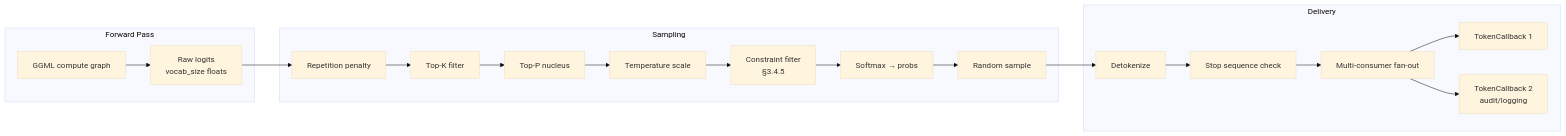
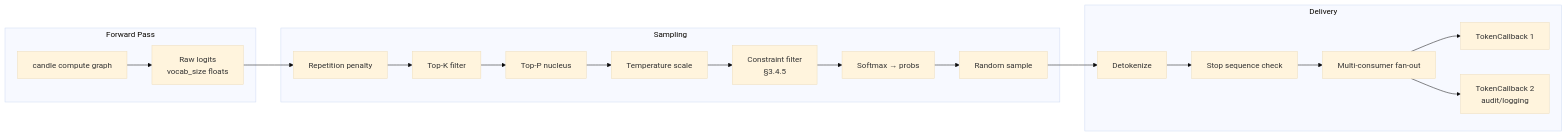
The third of 4 diagrams in docs/intelligence/airs/inference.md (juslee/aios), drawn with Mermaid (base theme) before and after one commit. The commit also changed other lines of this file, not shown here.

First line of the commit message:
Docs: Align inference.md with Kit architecture decisions

````diff
--- a/docs/intelligence/airs/inference.md
+++ b/docs/intelligence/airs/inference.md
@@ -724,24 +708,24 @@
 ```mermaid
 flowchart LR
     subgraph Forward["Forward Pass"]
-        FP[GGML compute graph] --> LO[Raw logits<br>vocab_size floats]
+        FP[candle compute graph] --> LO[Raw logits<br>vocab_size floats]
     end
 
     subgraph Sample["Sampling"]
         LO --> RP[Repetition penalty]
         RP --> TK[Top-K filter]
         TK --> TP[Top-P nucleus]
         TP --> TM[Temperature scale]
         TM --> CO[Constraint filter<br>§3.4.5]
         CO --> SM[Softmax → probs]
         SM --> RN[Random sample]
     end
 
     subgraph Deliver["Delivery"]
         RN --> DT[Detokenize]
         DT --> SS[Stop sequence check]
         SS --> MC[Multi-consumer fan-out]
         MC --> CB1[TokenCallback 1]
         MC --> CB2[TokenCallback 2<br>audit/logging]
     end
 ```
````
